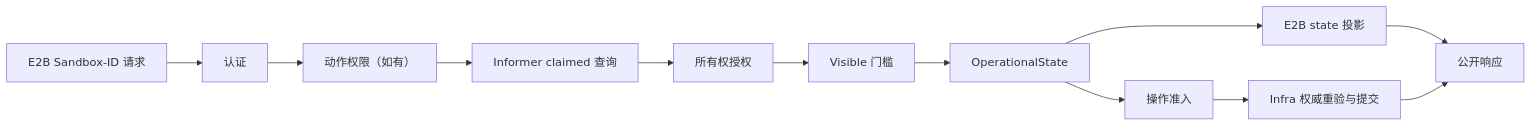
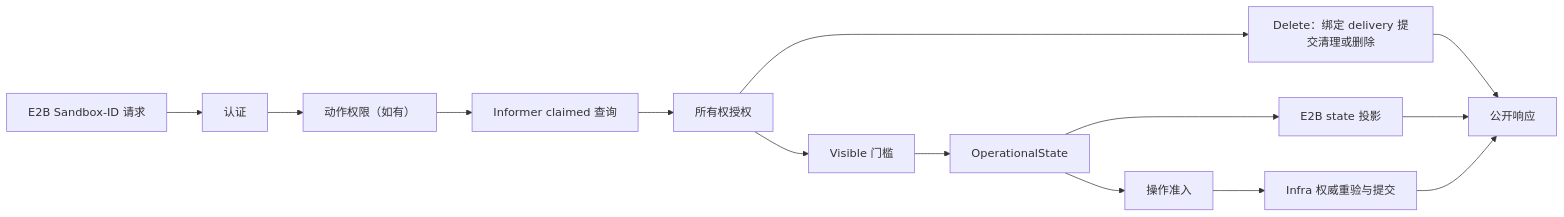
The diagram in docs/proposals/20260826-sandbox-lookup-e2b-visibility-CN.md (AiRanthem/agents), drawn with Mermaid before and after one commit. The commit also changed other lines of this file and 1 other file, not shown here.

Commit message:
docs: clarify sandbox deletion and rolling delivery rollout

````diff
--- a/docs/proposals/20260826-sandbox-lookup-e2b-visibility-CN.md
+++ b/docs/proposals/20260826-sandbox-lookup-e2b-visibility-CN.md
@@ -144,14 +155,16 @@
 ```mermaid
 flowchart LR
     Request[E2B Sandbox-ID 请求] --> Auth[认证]
     Auth --> Permission[动作权限（如有）]
     Permission --> Lookup[Informer claimed 查询]
     Lookup --> Owner[所有权授权]
     Owner --> Visible[Visible 门槛]
+    Owner --> Delete[Delete：绑定 delivery 提交清理或删除]
+    Delete --> Result[公开响应]
     Visible --> Operational[OperationalState]
     Operational --> Projection[E2B state 投影]
     Operational --> Admission[操作准入]
     Admission --> Capability[Infra 权威重验与提交]
     Projection --> Result[公开响应]
     Capability --> Result
 ```
````
